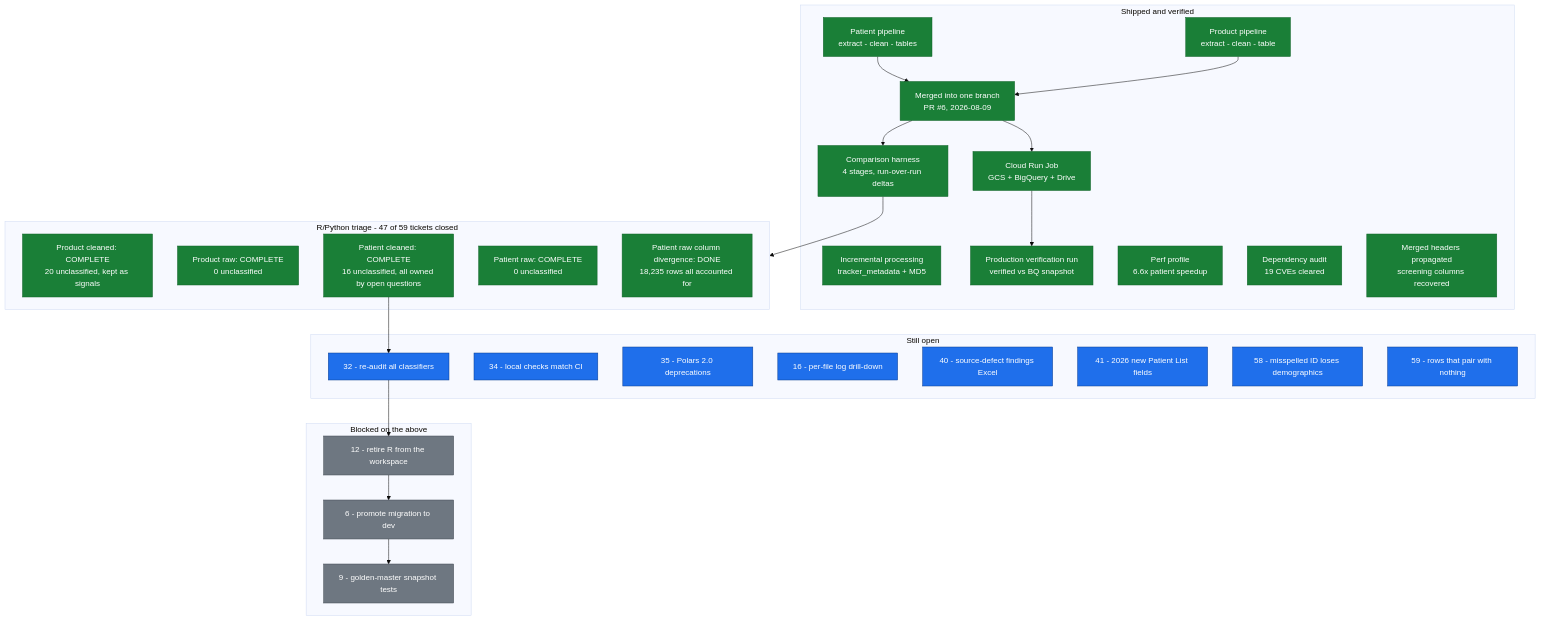
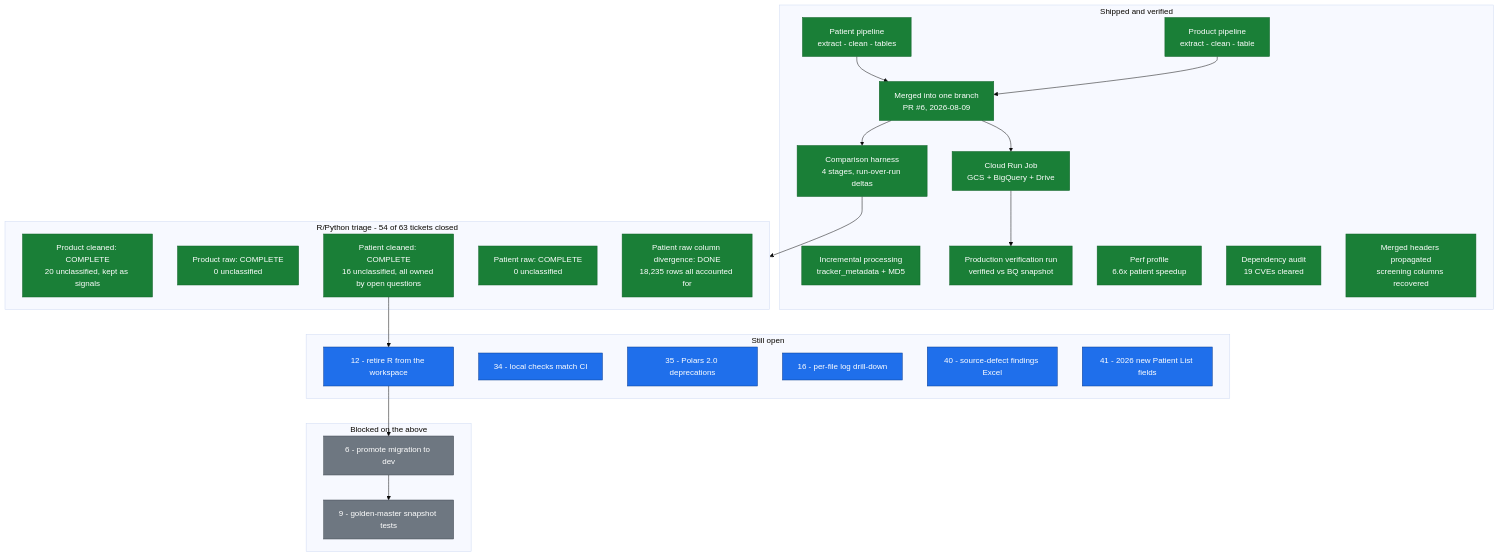
Before and after one commit to CorrelAid/a4d: the diagram in docs/migration/MR_DESCRIPTION.md, drawn with Mermaid (base theme). The commit also changed other lines of this file and 3 other files, not shown here.

````diff
--- a/docs/migration/MR_DESCRIPTION.md
+++ b/docs/migration/MR_DESCRIPTION.md
@@ -20,55 +20,51 @@
 ```mermaid
 flowchart TD
   subgraph DONE["Shipped and verified"]
     A["Patient pipeline<br/>extract - clean - tables"]
     B["Product pipeline<br/>extract - clean - table"]
     C["Merged into one branch<br/>PR #6, 2026-08-09"]
     D["Cloud Run Job<br/>GCS + BigQuery + Drive"]
     E["Incremental processing<br/>tracker_metadata + MD5"]
     F["Production verification run<br/>verified vs BQ snapshot"]
     G["Perf profile<br/>6.6x patient speedup"]
     H["Dependency audit<br/>19 CVEs cleared"]
     I["Comparison harness<br/>4 stages, run-over-run deltas"]
     N["Merged headers propagated<br/>screening columns recovered"]
   end
 
-  subgraph TRIAGE["R/Python triage - 47 of 59 tickets closed"]
+  subgraph TRIAGE["R/Python triage - 54 of 63 tickets closed"]
     J["Product cleaned: COMPLETE<br/>20 unclassified, kept as signals"]
     K["Product raw: COMPLETE<br/>0 unclassified"]
     L["Patient cleaned: COMPLETE<br/>16 unclassified, all owned by open questions"]
     M["Patient raw: COMPLETE<br/>0 unclassified"]
     M2["Patient raw column divergence: DONE<br/>18,235 rows all accounted for"]
   end
 
   subgraph OPEN["Still open"]
-    P["32 - re-audit all classifiers"]
+    U["12 - retire R from the workspace"]
     Q["34 - local checks match CI"]
     R["35 - Polars 2.0 deprecations"]
     T["16 - per-file log drill-down"]
     X["40 - source-defect findings Excel"]
     Y["41 - 2026 new Patient List fields"]
-    Z["58 - misspelled ID loses demographics"]
-    Z2["59 - rows that pair with nothing"]
   end
 
   subgraph BLOCKED["Blocked on the above"]
-    U["12 - retire R from the workspace"]
     V["6 - promote migration to dev"]
     W["9 - golden-master snapshot tests"]
   end
 
   A --> C
   B --> C
   C --> D --> F
   C --> I --> TRIAGE
-  L --> P
-  P --> U
+  L --> U
   U --> V --> W
 
   classDef done fill:#1a7f37,stroke:#116329,color:#fff
   classDef open fill:#1f6feb,stroke:#0b3d91,color:#fff
   classDef blocked fill:#6e7781,stroke:#424a53,color:#fff
   class A,B,C,D,E,F,G,H,I,J,K,L,M,M2,N done
-  class P,Q,R,T,X,Y,Z,Z2 open
-  class U,V,W blocked
+  class U,Q,R,T,X,Y open
+  class V,W blocked
 ```
````
